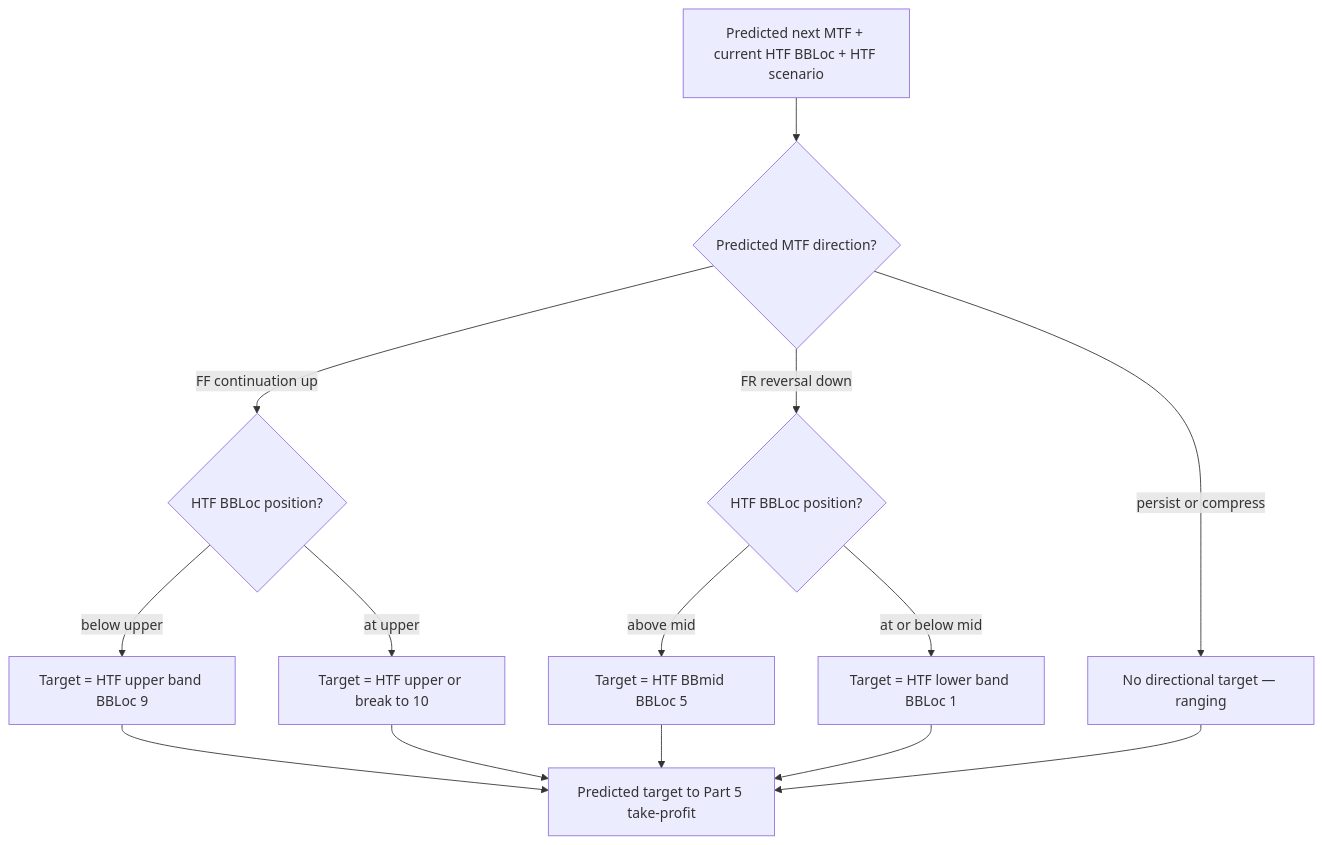
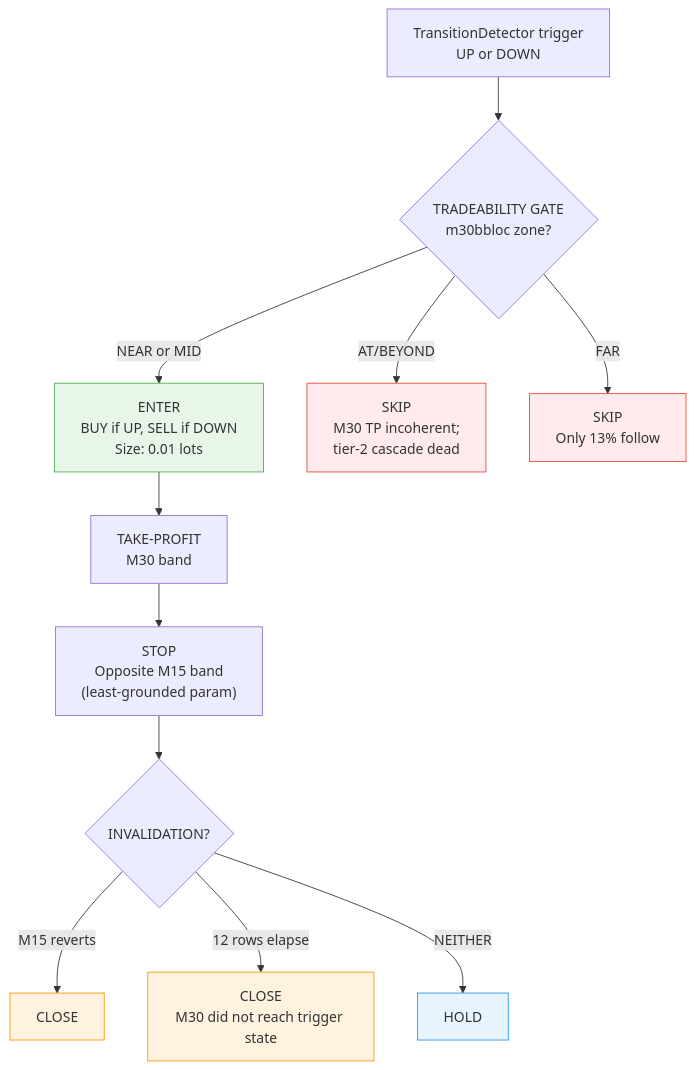
Before and after one commit to Terrypang89/BB_MTF_M15_STRATEGY: the eighth of 10 diagrams in references/DUALTF_ARCHITECTURE.md, drawn with Mermaid. The commit also changed other lines of this file and 1 other file, not shown here.

First line of the commit message:
Update DUALTF_ARCHITECTURE to match measured reality

````diff
--- a/references/DUALTF_ARCHITECTURE.md
+++ b/references/DUALTF_ARCHITECTURE.md
@@ -585,16 +437,27 @@
 ```mermaid
 flowchart TD
-    A["Predicted next MTF + current HTF BBLoc + HTF scenario"] --> B{"Predicted MTF direction?"}
-    B -->|"FF continuation up"| C{"HTF BBLoc position?"}
-    B -->|"FR reversal down"| D{"HTF BBLoc position?"}
-    B -->|"persist or compress"| E["No directional target — ranging"]
-    C -->|"below upper"| F["Target = HTF upper band BBLoc 9"]
-    C -->|"at upper"| G["Target = HTF upper or break to 10"]
-    D -->|"above mid"| H["Target = HTF BBmid BBLoc 5"]
-    D -->|"at or below mid"| I["Target = HTF lower band BBLoc 1"]
-    F --> J["Predicted target to Part 5 take-profit"]
-    G --> J
-    H --> J
-    I --> J
-    E --> J
+    A["TransitionDetector trigger\nUP or DOWN"]
+    A --> B{"TRADEABILITY GATE\nm30bbloc zone?"}
+
+    B -->|"NEAR or MID"| C["ENTER\nBUY if UP, SELL if DOWN\nSize: 0.01 lots"]
+    B -->|"AT/BEYOND"| D["SKIP\nM30 TP incoherent;\ntier-2 cascade dead"]
+    B -->|"FAR"| E["SKIP\nOnly 13% follow"]
+
+    C --> F["TAKE-PROFIT\nM30 band"]
+    F --> G["STOP\nOpposite M15 band\n(least-grounded param)"]
+
+    G --> H{"INVALIDATION?"}
+    H -->|"M15 reverts"| I["CLOSE"]
+    H -->|"12 rows elapse"| J["CLOSE\nM30 did not reach trigger state"]
+    H -->|"NEITHER"| K["HOLD"]
+
+    classDef enter fill:#e8f5e9,stroke:#4CAF50
+    classDef skip fill:#ffebee,stroke:#f44336
+    classDef close fill:#fff3e0,stroke:#FF9800
+    classDef hold fill:#e8f4fd,stroke:#2196F3
+
+    class C enter
+    class D,E skip
+    class I,J close
+    class K hold
 ```
````
